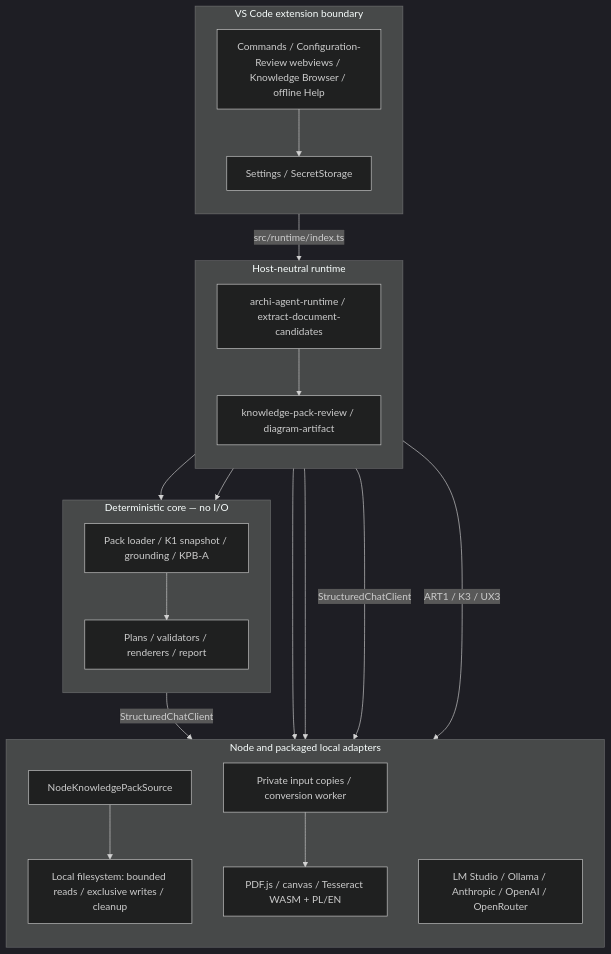
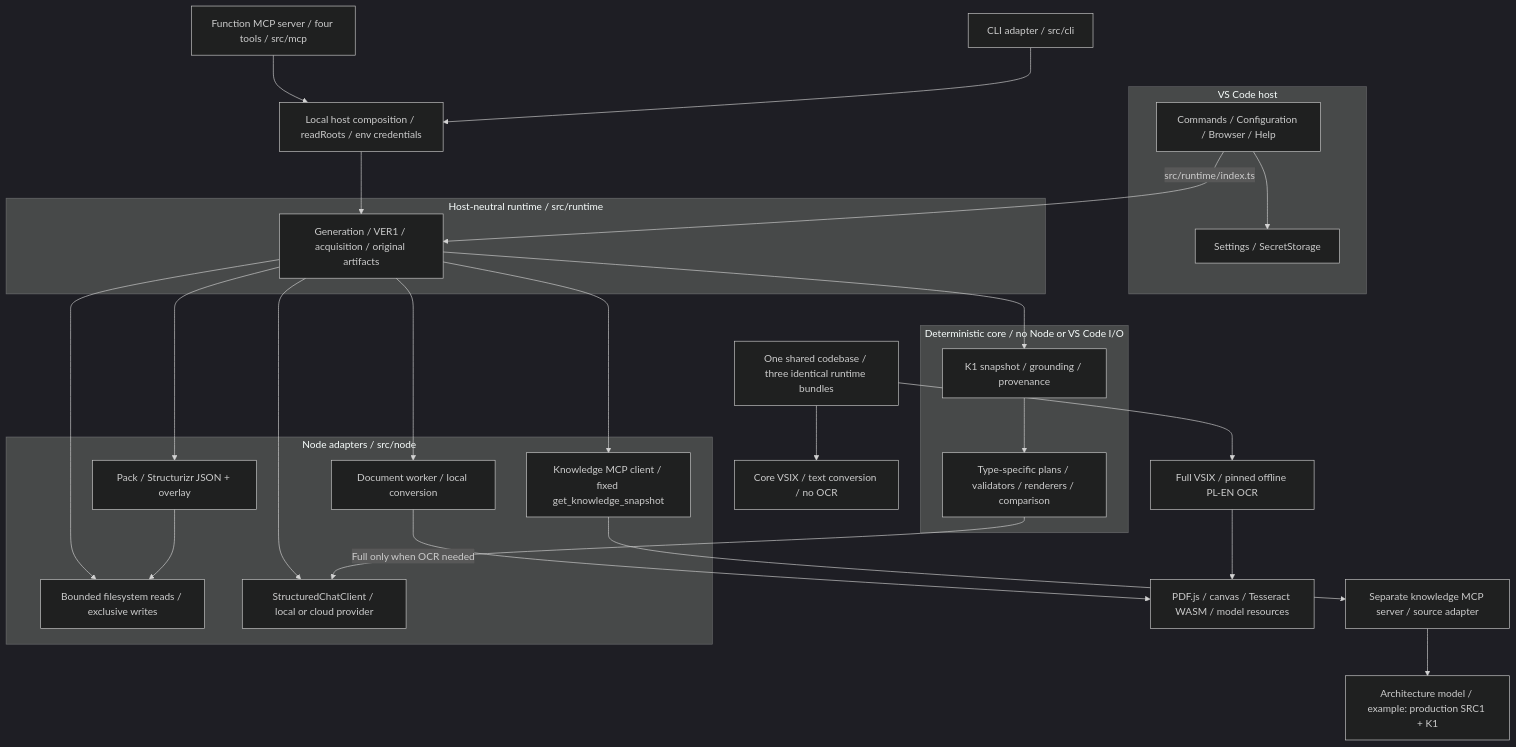
One commit to Setech-pl/archi-agent changed the first of 6 diagrams in docs/architecture.md. Above: the diagram before and after it, drawn with Mermaid (dark theme). The commit also changed other lines of this file and 56 other files, not shown here.

Commit message:
docs: refresh SRC1 VER1 C4 MCP1 guides, real gallery and candidate CI packages

````diff
--- a/docs/architecture.md
+++ b/docs/architecture.md
@@ -35,29 +35,35 @@
 ```mermaid
 flowchart TB
-  subgraph Host["VS Code extension boundary"]
-    direction TB
-    UI["Commands / Configuration-Review webviews / Knowledge Browser / offline Help"] --> Settings["Settings / SecretStorage"]
+  subgraph Host["VS Code host"]
+    UI["Commands / Configuration / Browser / Help"] --> Settings["Settings / SecretStorage"]
   end
-  subgraph Runtime["Host-neutral runtime"]
-    direction TB
-    App["archi-agent-runtime / extract-document-candidates"] --> Review["knowledge-pack-review / diagram-artifact"]
+  CLI["CLI adapter / src/cli"] --> Ops["Local host composition / readRoots / env credentials"]
+  MCP["Function MCP server / four tools / src/mcp"] --> Ops
+  Ops --> App
+  UI -->|src/runtime/index.ts| App
+  subgraph Runtime["Host-neutral runtime / src/runtime"]
+    App["Generation / VER1 / acquisition / original artifacts"]
   end
-  subgraph Core["Deterministic core — no I/O"]
-    direction TB
-    Knowledge["Pack loader / K1 snapshot / grounding / KPB-A"] --> Pipeline["Plans / validators / renderers / report"]
+  subgraph Core["Deterministic core / no Node or VS Code I/O"]
+    Knowledge["K1 snapshot / grounding / provenance"] --> Pipeline["Type-specific plans / validators / renderers / comparison"]
   end
-  subgraph Adapters["Node and packaged local adapters"]
-    direction TB
-    Pack["NodeKnowledgePackSource"] --> Files["Local filesystem: bounded reads / exclusive writes / cleanup"]
-    Conversion["Private input copies / conversion worker"] --> OCR["PDF.js / canvas / Tesseract WASM + PL/EN"]
-    Providers["LM Studio / Ollama / Anthropic / OpenAI / OpenRouter"]
+  subgraph Node["Node adapters / src/node"]
+    Local["Pack / Structurizr JSON + overlay"] --> Files["Bounded filesystem reads / exclusive writes"]
+    Client["Knowledge MCP client / fixed get_knowledge_snapshot"]
+    Providers["StructuredChatClient / local or cloud provider"]
+    Conversion["Document worker / local conversion"]
   end
-  UI -->|src/runtime/index.ts| App
   App --> Knowledge
-  Review --> Knowledge
-  App --> Pack
+  App --> Local
+  App --> Client
+  Client --> KS["Separate knowledge MCP server / source adapter"]
+  KS --> Model["Architecture model / example: production SRC1 + K1"]
   App --> Conversion
-  Pipeline -->|StructuredChatClient| Providers
-  App -->|StructuredChatClient| Providers
-  Review -->|ART1 / K3 / UX3| Files
+  App --> Files
+  Pipeline --> Providers
+  App --> Providers
+  Build["One shared codebase / three identical runtime bundles"] --> CP["Core VSIX / text conversion / no OCR"]
+  Build --> FP["Full VSIX / pinned offline PL-EN OCR"]
+  FP --> OCR["PDF.js / canvas / Tesseract WASM / model resources"]
+  Conversion -->|Full only when OCR needed| OCR
 ```
````
